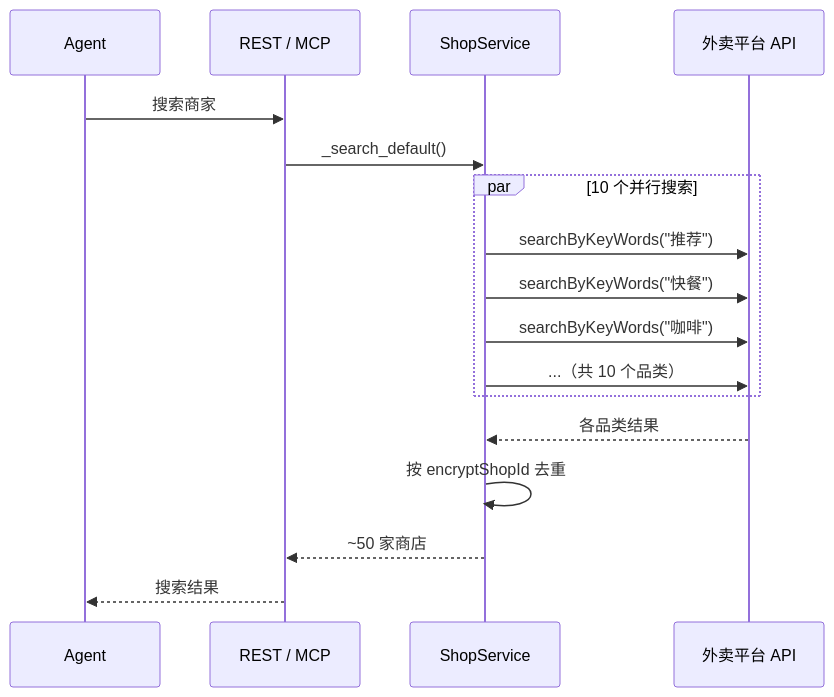
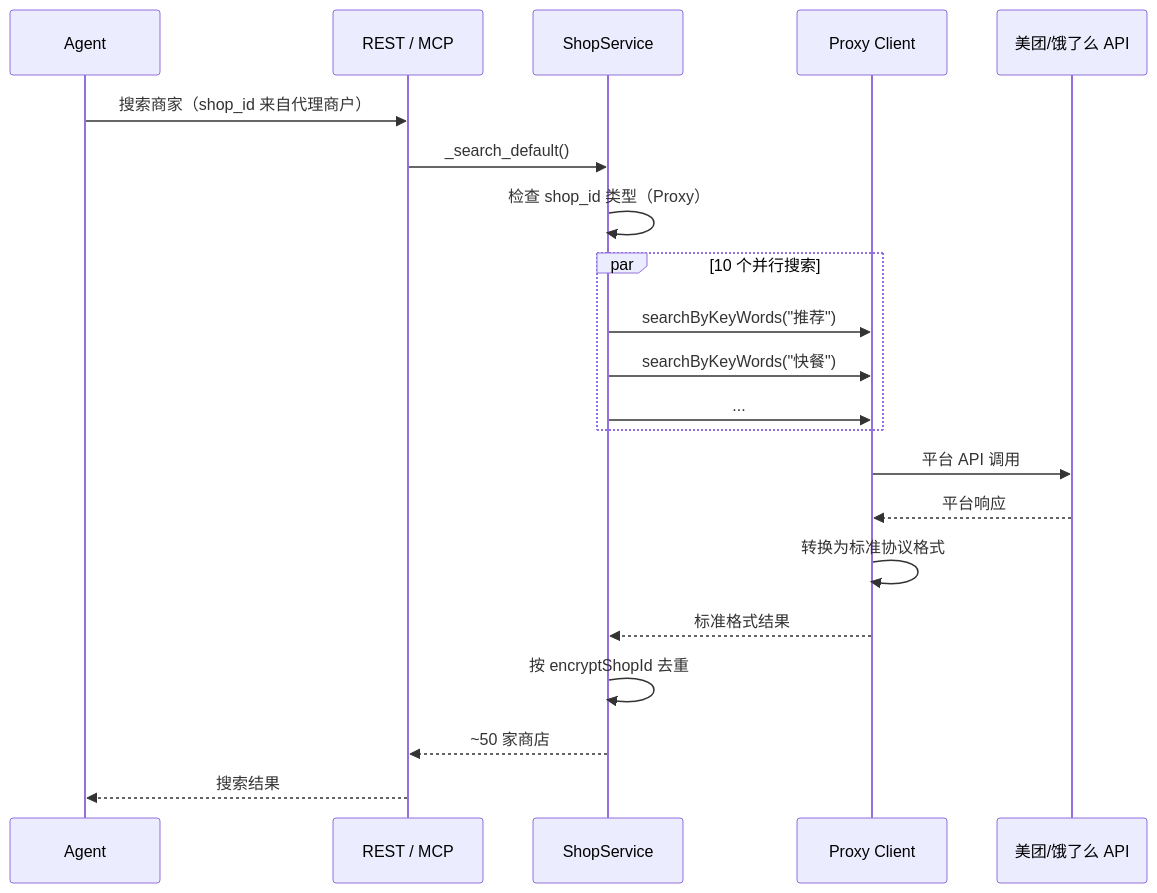
One commit to clawdot/docs changed the fourth of 7 diagrams in gateway/architecture.mdx. Above: the diagram before and after it, drawn with Mermaid. The commit also changed other lines of this file and 85 other files, not shown here.

First line of the commit message:
refactor: overhaul docs — add Skills, Super Agent, i18n, and updated API reference

````diff
--- a/gateway/architecture.mdx
+++ b/gateway/architecture.mdx
@@ -61,20 +189,24 @@
 ```mermaid
 sequenceDiagram
   participant Agent
   participant Gateway as REST / MCP
   participant Shop as ShopService
-  participant Platform as 外卖平台 API
+  participant Proxy as Proxy Client
+  participant Platform as 美团/饿了么 API
 
-  Agent->>Gateway: 搜索商家
+  Agent->>Gateway: 搜索商家（shop_id 来自代理商户）
   Gateway->>Shop: _search_default()
+  Shop->>Shop: 检查 shop_id 类型（Proxy）
   par 10 个并行搜索
-    Shop->>Platform: searchByKeyWords("推荐")
-    Shop->>Platform: searchByKeyWords("快餐")
-    Shop->>Platform: searchByKeyWords("咖啡")
-    Shop->>Platform: ...（共 10 个品类）
+    Shop->>Proxy: searchByKeyWords("推荐")
+    Shop->>Proxy: searchByKeyWords("快餐")
+    Shop->>Proxy: ...
   end
-  Platform-->>Shop: 各品类结果
+  Proxy->>Platform: 平台 API 调用
+  Platform-->>Proxy: 平台响应
+  Proxy->>Proxy: 转换为标准协议格式
+  Proxy-->>Shop: 标准格式结果
   Shop->>Shop: 按 encryptShopId 去重
   Shop-->>Gateway: ~50 家商店
   Gateway-->>Agent: 搜索结果
 ```
````
